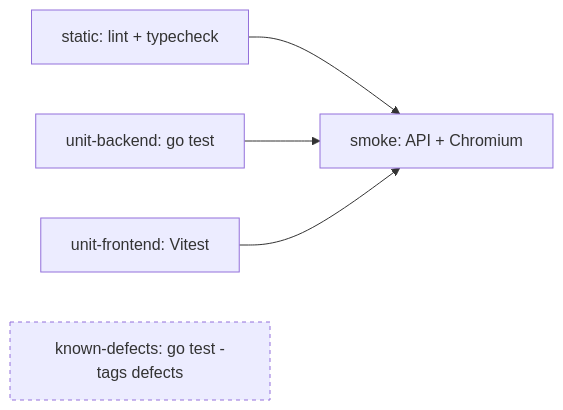
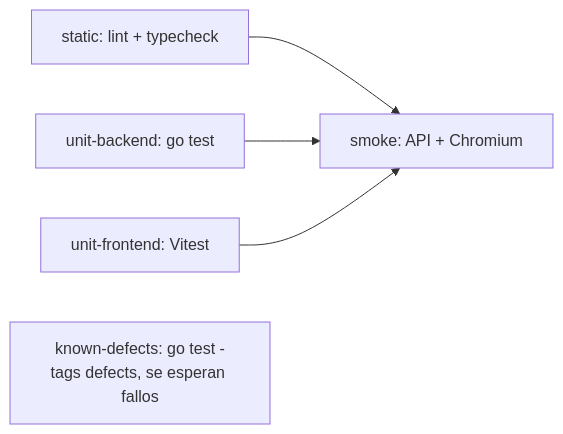
One commit to rprecigapuentes/bia-prueba-qa changed the first of 2 diagrams in e2e/README.md. Above: the diagram before and after it, drawn with Mermaid. The commit also changed other lines of this file and 1 other file, not shown here.

Commit message:
ci: known-defects passes while every documented defect still reproduces
Mirror test.fail(): the job is green while all TestBUG* fail, and red when one starts passing so its test gets promoted to a regression test. Replaces the always-red non-blocking job.

````diff
--- a/e2e/README.md
+++ b/e2e/README.md
@@ -101,8 +101,7 @@
 ```mermaid
 flowchart LR
   S[static: lint + typecheck] --> SM[smoke: API + Chromium]
   UB[unit-backend: go test] --> SM
   UF[unit-frontend: Vitest] --> SM
-  KD[known-defects: go test -tags defects]:::nb
-  classDef nb stroke-dasharray: 4 4
+  KD[known-defects: go test -tags defects, se esperan fallos]
 ```
````
